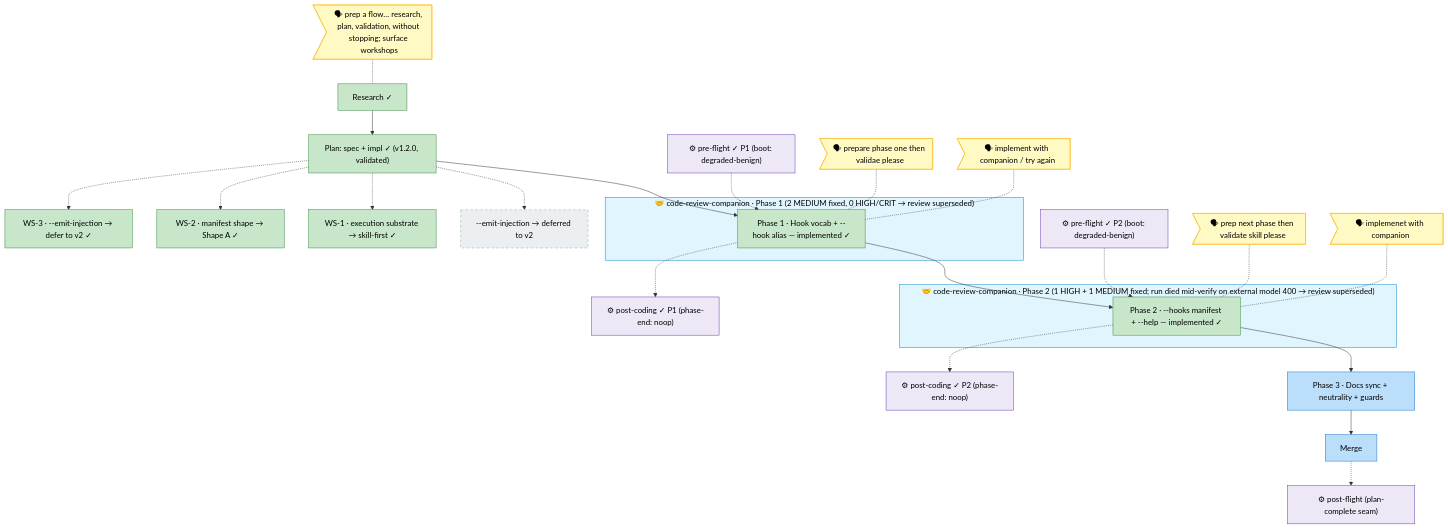
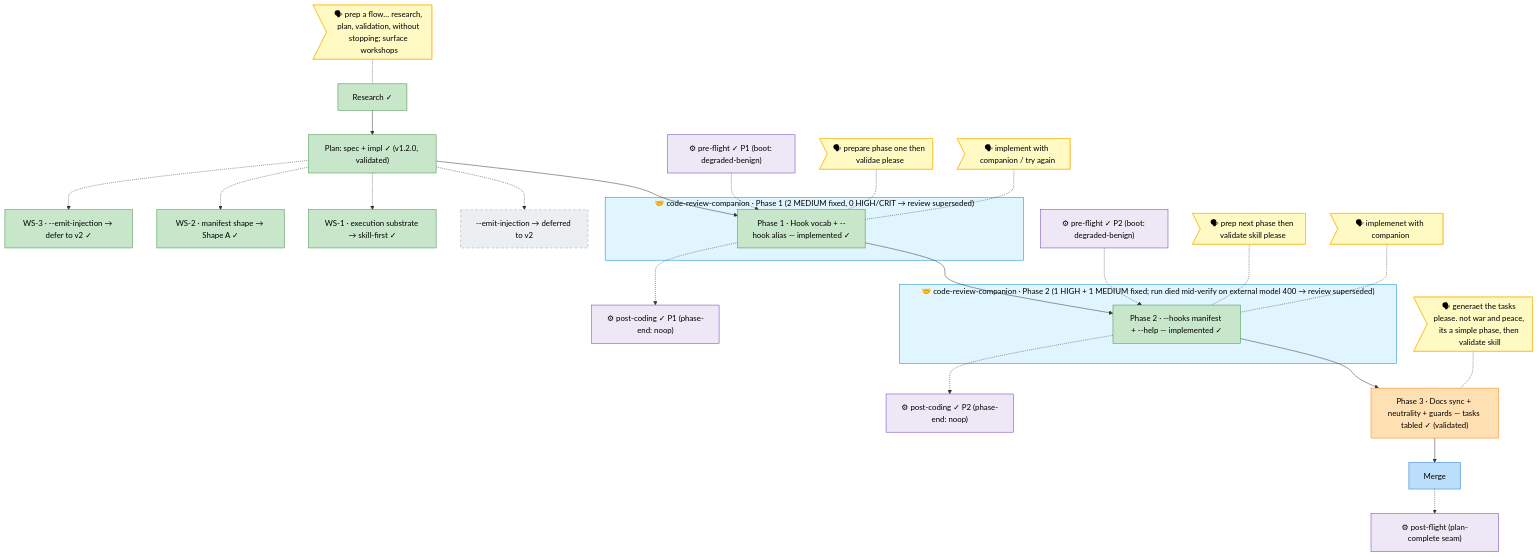
Before and after one commit to AI-Substrate/harness-engineering: the diagram in docs/plans/021-harness-flow-hooks/the-flow.md, drawn with Mermaid. The commit also changed other lines of this file and 3 other files, not shown here.

First line of the commit message:
docs(021): Phase 3 tasks tabled (lean) + validated; flight-plan state

````diff
--- a/docs/plans/021-harness-flow-hooks/the-flow.md
+++ b/docs/plans/021-harness-flow-hooks/the-flow.md
@@ -5,61 +5,63 @@
 ```mermaid
 flowchart TD
     classDef done fill:#C8E6C9,stroke:#388E3C,color:#000
     classDef wip fill:#FFE0B2,stroke:#F57C00,color:#000
     classDef blocked fill:#FFCDD2,stroke:#D32F2F,color:#000
     classDef known fill:#BBDEFB,stroke:#1976D2,color:#000
     classDef assumed fill:#ECEFF1,stroke:#90A4AE,color:#000,stroke-dasharray:5 5
     classDef said fill:#FFF9C4,stroke:#FBC02D,color:#000
     classDef harness fill:#EDE7F6,stroke:#673AB7,color:#000
     classDef companion fill:#E1F5FE,stroke:#0288D1,color:#000
 
     research["Research ✓"]:::done
     plan["Plan: spec + impl ✓ (v1.2.0, validated)"]:::done
     p1["Phase 1 · Hook vocab + --hook alias — implemented ✓"]:::done
     p2["Phase 2 · --hooks manifest + --help — implemented ✓"]:::done
-    p3["Phase 3 · Docs sync + neutrality + guards"]:::known
+    p3["Phase 3 · Docs sync + neutrality + guards — tasks tabled ✓ (validated)"]:::wip
     pv2["--emit-injection → deferred to v2"]:::assumed
     merge["Merge"]:::known
 
     research --> plan
     plan --> p1 --> p2 --> p3 --> merge
     plan -.-> pv2
 
     subgraph crc["🤝 code-review-companion · Phase 1 (2 MEDIUM fixed, 0 HIGH/CRIT → review superseded)"]
         p1
     end
     subgraph crc2["🤝 code-review-companion · Phase 2 (1 HIGH + 1 MEDIUM fixed; run died mid-verify on external model 400 → review superseded)"]
         p2
     end
     class crc companion
     class crc2 companion
 
     ws1["WS-1 · execution substrate → skill-first ✓"]:::done
     ws2["WS-2 · manifest shape → Shape A ✓"]:::done
     ws3["WS-3 · --emit-injection → defer to v2 ✓"]:::done
     plan -.-> ws1
     plan -.-> ws2
     plan -.-> ws3
 
     hb["⚙ pre-flight ✓ P1 (boot: degraded-benign)"]:::harness
     he1["⚙ post-coding ✓ P1 (phase-end: noop)"]:::harness
     hb2["⚙ pre-flight ✓ P2 (boot: degraded-benign)"]:::harness
     he2["⚙ post-coding ✓ P2 (phase-end: noop)"]:::harness
     hh["⚙ post-flight (plan-complete seam)"]:::harness
     hb -.-> p1
     p1 -.-> he1
     hb2 -.-> p2
     p2 -.-> he2
     merge -.-> hh
 
     said1>"🗣 prep a flow… research, plan, validation, without stopping; surface workshops"]:::said
     said1 -.- research
     said2>"🗣 prepare phase one then validae please"]:::said
     said2 -.- p1
     said3>"🗣 implement with companion / try again"]:::said
     said3 -.- p1
     said4>"🗣 prep next phase then validate skill please"]:::said
     said4 -.- p2
     said5>"🗣 implemenet with companion"]:::said
     said5 -.- p2
+    said6>"🗣 generaet the tasks please. not war and peace, its a simple phase, then validate skill"]:::said
+    said6 -.- p3
 ```
````
